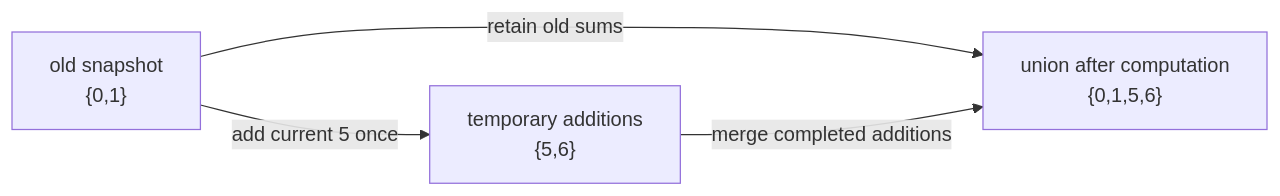
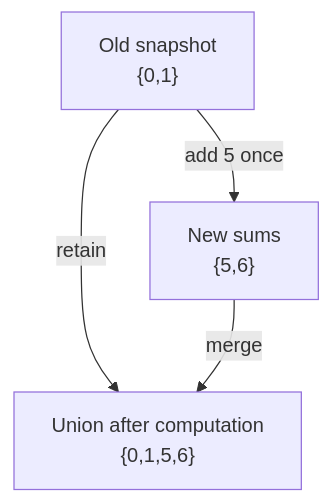
Before and after one commit to mlmentorship/mlmentorship.github.io: the diagram in src/content/posts/2026-09-01-partition-equal-subset-sum.md, drawn with Mermaid. The commit also changed other lines of this file and 302 other files, not shown here.

````diff
--- a/src/content/posts/2026-09-01-partition-equal-subset-sum.md
+++ b/src/content/posts/2026-09-01-partition-equal-subset-sum.md
@@ -31,6 +38,9 @@
 ```mermaid
-flowchart LR
-   Old["old snapshot<br/>{0,1}"] -->|add current 5 once| New["temporary additions<br/>{5,6}"]
-   Old -->|retain old sums| Merged["union after computation<br/>{0,1,5,6}"]
-   New -->|merge completed additions| Merged
+flowchart TB
+   accTitle: Compute additions from the old reachable-sum snapshot only
+   accDescr: The old reachable set is zero and one. Adding the current value five once creates five and six. Merge only after computing those additions, producing zero, one, five, six. Reading newly created five again in the same pass would illegally reuse the current item to make ten.
+   Old["Old snapshot<br/>{0,1}"] -->|add 5 once| New["New sums<br/>{5,6}"]
+   Old -->|retain| Merged["Union after computation<br/>{0,1,5,6}"]
+   New -->|merge| Merged
+   class Old,New,Merged viz-fit
 ```
````
